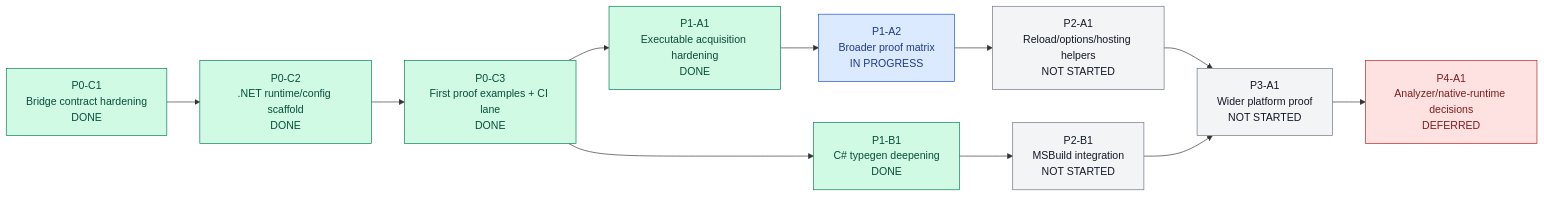
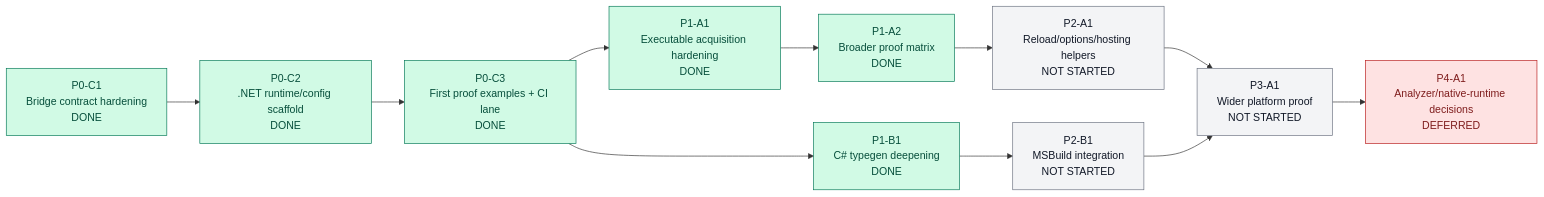
One commit to matthewcorven/varlock changed the diagram in .squad/progression.md. Above: the diagram before and after it, drawn with Mermaid. The commit also changed 1 other file, not shown here.

Commit message:
docs(dotnet): close out P1-A2 proof matrix

````diff
--- a/.squad/progression.md
+++ b/.squad/progression.md
@@ -16,24 +16,23 @@
 ```mermaid
 flowchart LR
   P0C1["P0-C1\nBridge contract hardening\nDONE"] --> P0C2["P0-C2\n.NET runtime/config scaffold\nDONE"]
   P0C2 --> P0C3["P0-C3\nFirst proof examples + CI lane\nDONE"]
   P0C3 --> P1A1["P1-A1\nExecutable acquisition hardening\nDONE"]
   P0C3 --> P1B1["P1-B1\nC# typegen deepening\nDONE"]
-  P1A1 --> P1A2["P1-A2\nBroader proof matrix\nIN PROGRESS"]
+  P1A1 --> P1A2["P1-A2\nBroader proof matrix\nDONE"]
   P1B1 --> P2B1["P2-B1\nMSBuild integration\nNOT STARTED"]
   P1A2 --> P2A1["P2-A1\nReload/options/hosting helpers\nNOT STARTED"]
   P2A1 --> P3A1["P3-A1\nWider platform proof\nNOT STARTED"]
   P2B1 --> P3A1
   P3A1 --> P4A1["P4-A1\nAnalyzer/native-runtime decisions\nDEFERRED"]
 
   classDef done fill:#d1fae5,stroke:#047857,color:#064e3b;
   classDef next fill:#fef3c7,stroke:#b45309,color:#78350f;
   classDef progress fill:#dbeafe,stroke:#1d4ed8,color:#1e3a8a;
   classDef idle fill:#f3f4f6,stroke:#6b7280,color:#111827;
   classDef deferred fill:#fee2e2,stroke:#b91c1c,color:#7f1d1d;
 
-  class P0C1,P0C2,P0C3,P1A1,P1B1 done;
-  class P1A2 progress;
+  class P0C1,P0C2,P0C3,P1A1,P1B1,P1A2 done;
   class P2A1,P2B1,P3A1 idle;
   class P4A1 deferred;
 ```
````
